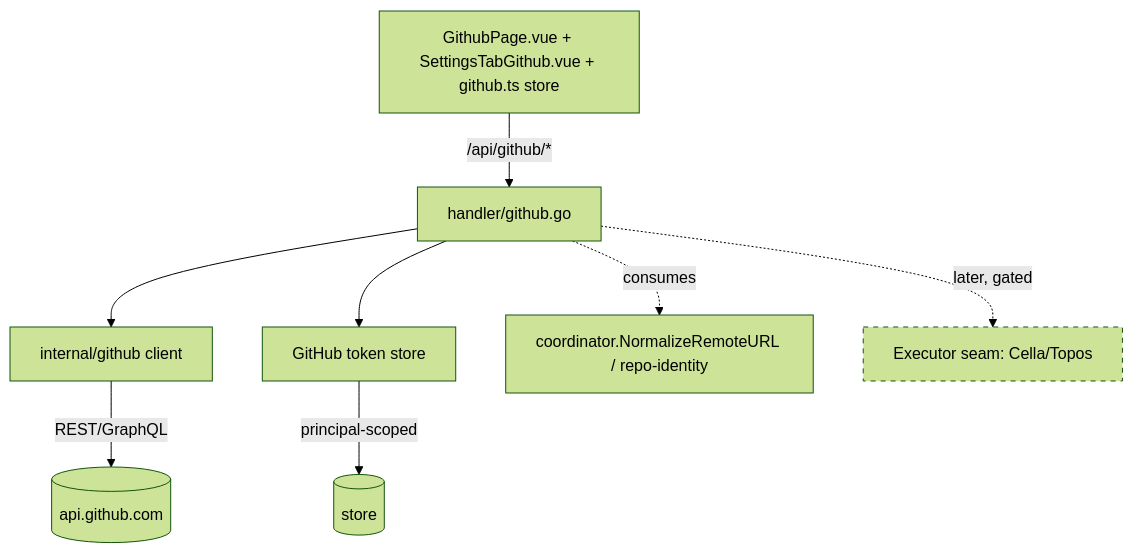
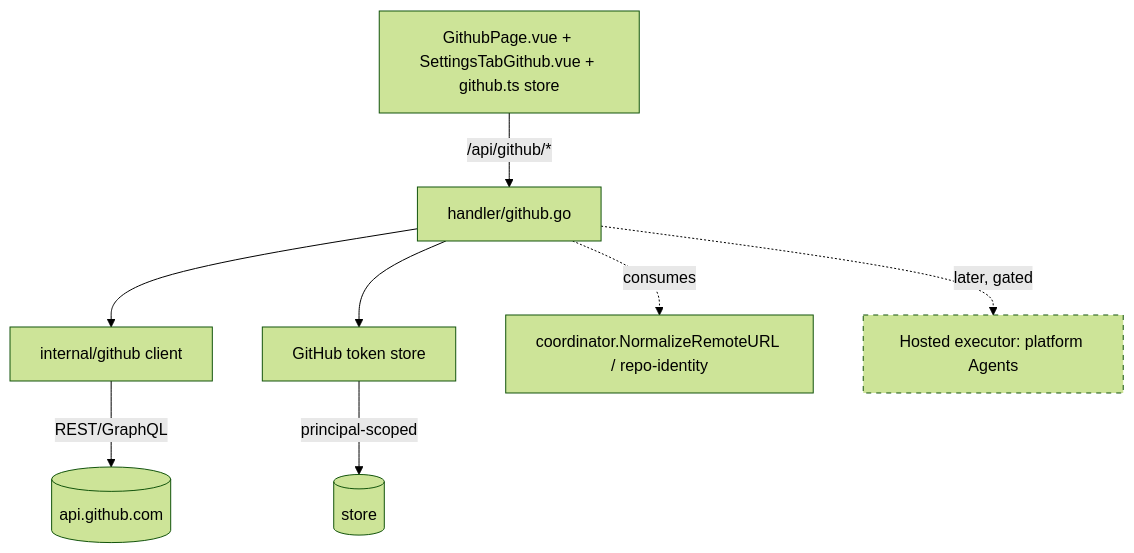
Before and after one commit to changkun/wallfacer: the first of 2 diagrams in specs/intent/github-integration.md, drawn with Mermaid (forest theme). The commit also changed other lines of this file and 1 other file, not shown here.

Commit message:
specs: cloud remote fix depends on the hosted executor and asks how a github repository reaches a hosted session

````diff
--- a/specs/intent/github-integration.md
+++ b/specs/intent/github-integration.md
@@ -138,11 +138,11 @@
 ```mermaid
 graph TD
   UI[GithubPage.vue + SettingsTabGithub.vue + github.ts store] -->|/api/github/*| H[handler/github.go]
   H --> GC[internal/github client]
   H --> TS[GitHub token store]
   GC -->|REST/GraphQL| GH[(api.github.com)]
   TS -->|principal-scoped| ST[(store)]
   H -.consumes.-> ID[coordinator.NormalizeRemoteURL / repo-identity]
-  H -.later, gated.-> EX[Executor seam: Cella/Topos]
+  H -.later, gated.-> EX[Hosted executor: platform Agents]
   style EX stroke-dasharray: 5 5
 ```
````
